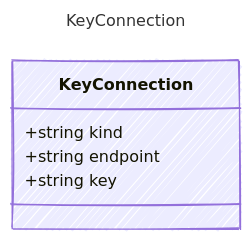
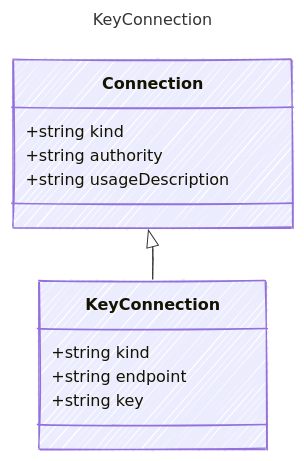
Before and after one commit to microsoft/prompty: the diagram in specification/prompty/docs/KeyConnection.md, drawn with Mermaid. The commit also changed 24 other files, not shown here.

````diff
--- a/specification/prompty/docs/KeyConnection.md
+++ b/specification/prompty/docs/KeyConnection.md
@@ -7,17 +7,23 @@
 ```mermaid
 ---
 title: KeyConnection
 config:
   look: handDrawn
   theme: colorful
   class:
     hideEmptyMembersBox: true
 ---
 classDiagram
+    class Connection {
+        +string kind
+        +string authority
+        +string usageDescription
+    }
+    Connection <|-- KeyConnection
     class KeyConnection {
       
         +string kind
         +string endpoint
         +string key
     }
 ```
````
